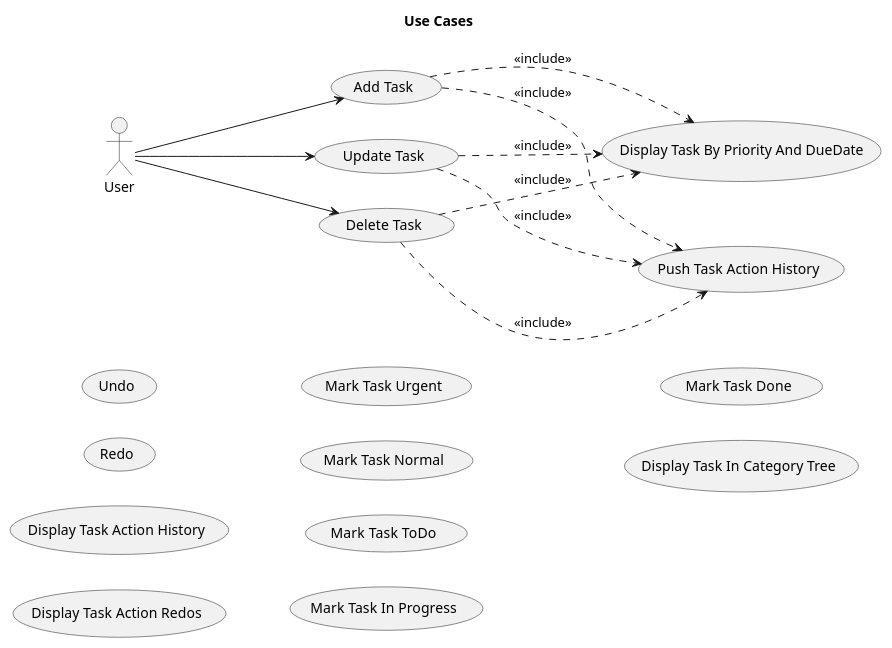
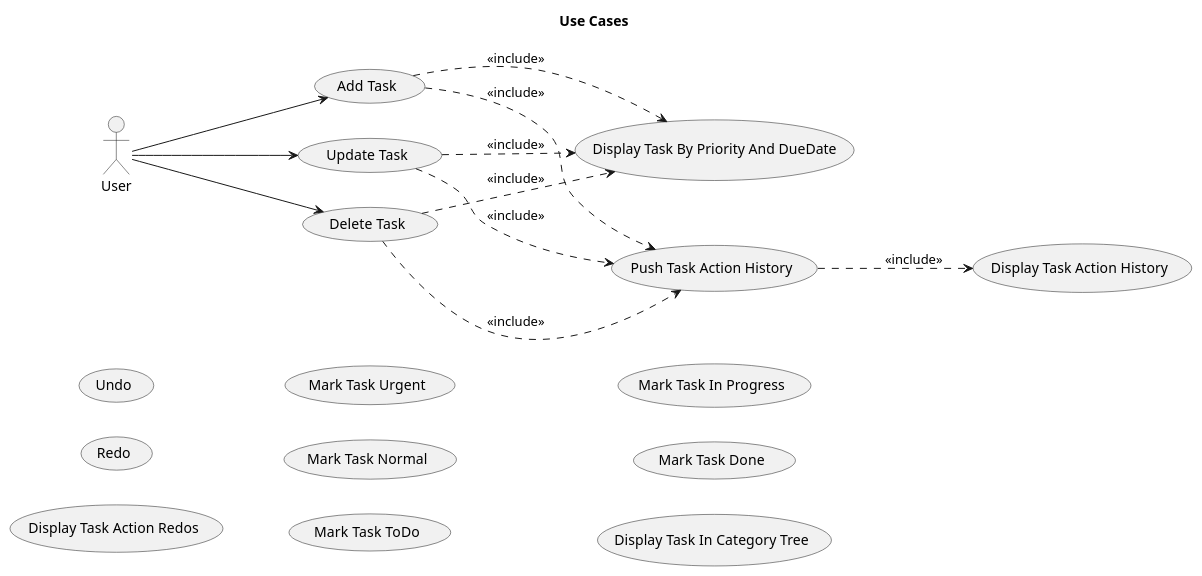
The diagram in Docs/UseCases/UseCases.plantuml (franpaulinoinfante/TaskManagement), drawn with PlantUML before and after one commit. The commit also changed 1 other file, not shown here.

```diff
--- a/Docs/UseCases/UseCases.plantuml
+++ b/Docs/UseCases/UseCases.plantuml
@@ -1,36 +1,38 @@
 @startuml UseCases
     left to right direction
     title Use Cases
 
 actor User
 
 usecase "Add Task" as UC101
 usecase "Update Task" as UC102
 usecase "Delete Task" as UC103
 usecase "Display Task By Priority And DueDate" as UC104
 
 usecase "Push Task Action History" as UC201
 usecase "Undo" as UC202
 usecase "Redo" as UC203
 usecase "Display Task Action History" as UC204
 usecase "Display Task Action Redos" as UC205
 
 usecase "Mark Task Urgent" as UC301
 usecase "Mark Task Normal" as UC302
 
 usecase "Mark Task ToDo" as UC402
 usecase "Mark Task In Progress" as UC403
 usecase "Mark Task Done" as UC404
 
 usecase "Display Task In Category Tree" as UC501
 
 User --> UC101
     UC101 ..> UC104 : <<include>>
     UC101 ..> UC201 : <<include>>
 User --> UC102
     UC102 ..> UC104 : <<include>>
     UC102 ..> UC201 : <<include>>
 User --> UC103
     UC103 ..> UC104 : <<include>>
     UC103 ..> UC201 : <<include>>
+    
+    UC201 ..> UC204 : <<include>>
 @enduml
```
